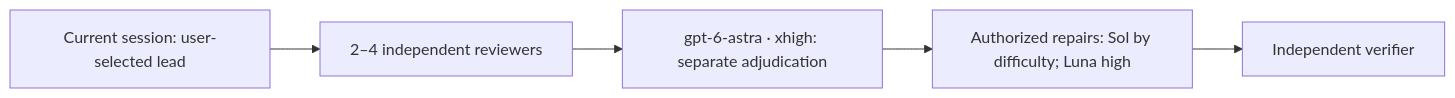
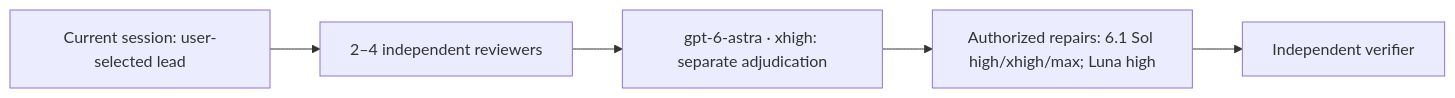
The diagram in README.md (chips-lxm/deep-project-review), drawn with Mermaid before and after one commit. The commit also changed other lines of this file and 39 other files, not shown here.

````diff
--- a/README.md
+++ b/README.md
@@ -7,7 +7,7 @@
 ```mermaid
 flowchart LR
   L["Current session: user-selected lead"] --> R["2–4 independent reviewers"]
   R --> A["gpt-6-astra · xhigh: separate adjudication"]
-  A --> F["Authorized repairs: Sol by difficulty; Luna high"]
+  A --> F["Authorized repairs: 6.1 Sol high/xhigh/max; Luna high"]
   F --> V["Independent verifier"]
 ```
````
